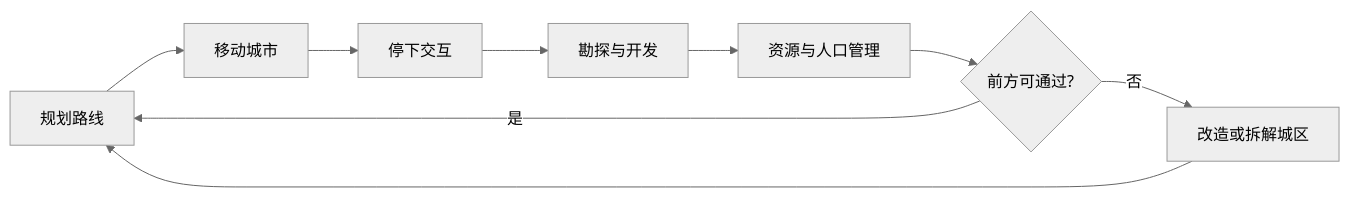
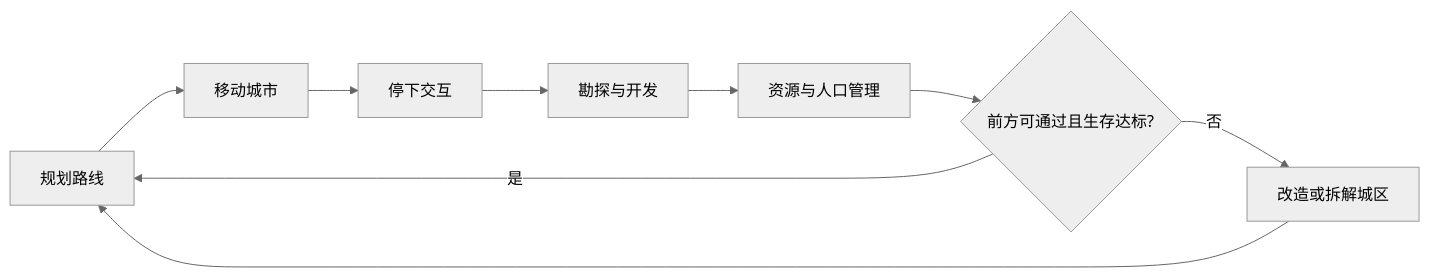
The diagram in Docs/01-草稿/循光之城-策划案.md (Estrella6066773/DriveToLight), drawn with Mermaid (neutral theme) before and after one commit. The commit also changed other lines of this file and 10 other files, not shown here.

````diff
--- a/Docs/01-草稿/循光之城-策划案.md
+++ b/Docs/01-草稿/循光之城-策划案.md
@@ -70,11 +70,11 @@
 ```mermaid
 flowchart LR
     A[规划路线] --> B[移动城市]
     B --> C[停下交互]
     C --> D[勘探与开发]
     D --> E[资源与人口管理]
-    E --> F{前方可通过?}
+    E --> F{前方可通过且生存达标?}
     F -->|是| A
     F -->|否| G[改造或拆解城区]
     G --> A
 ```
````
